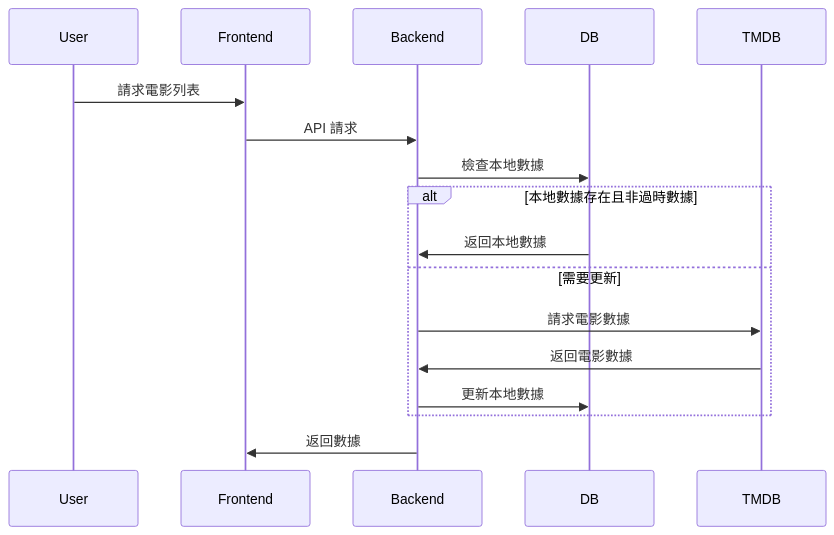
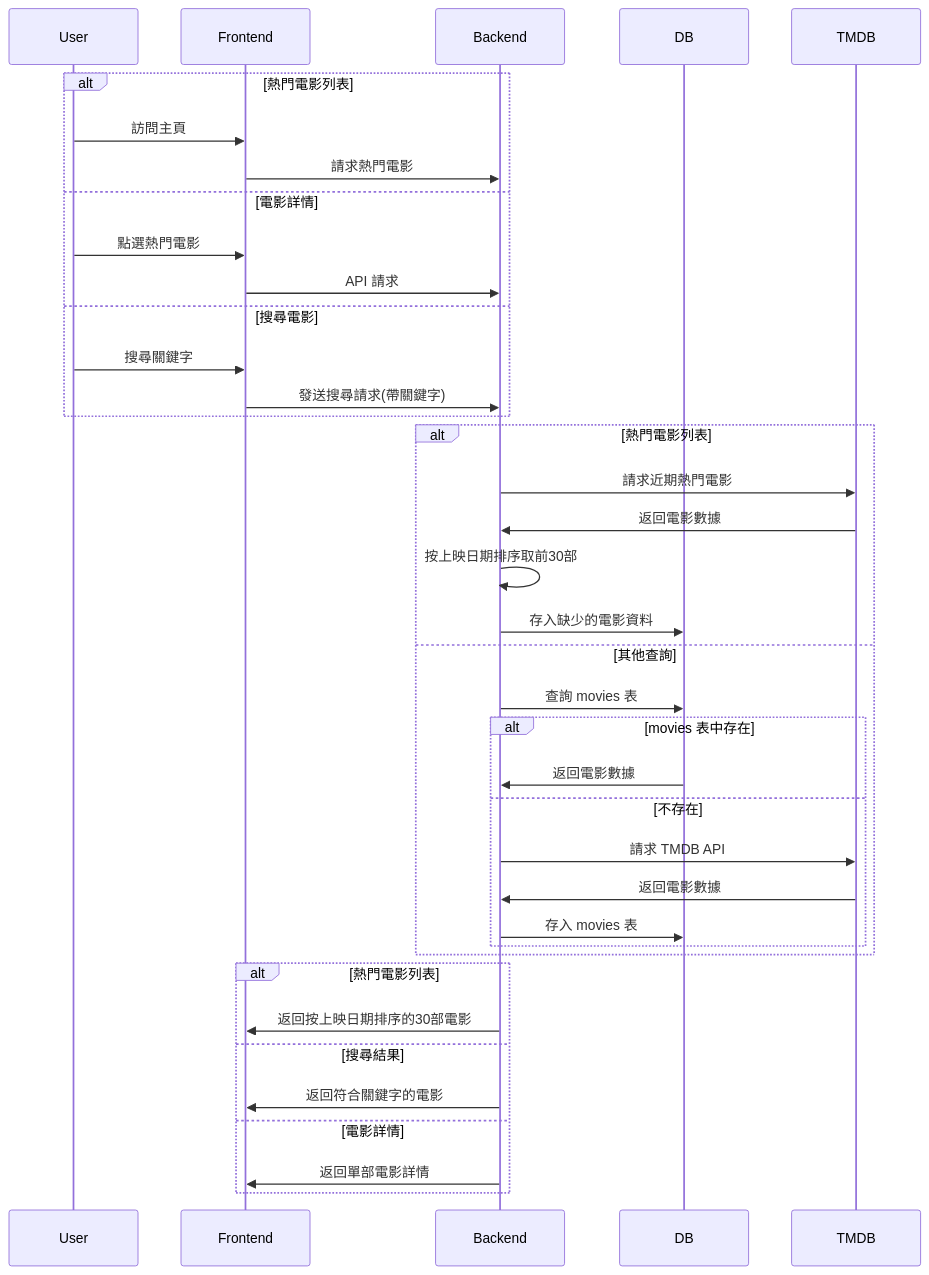
The third of 4 diagrams in Architecture.md (poordog777/movie-viewer), drawn with Mermaid before and after one commit. The commit also changed other lines of this file and 2 other files, not shown here.

Commit message:
Refactor database schema: update ratings table to allow scores from 1 to 10; remove unused tables and indexes; adjust API documentation for new rating system

````diff
--- a/Architecture.md
+++ b/Architecture.md
@@ -141,20 +98,43 @@
 ```mermaid
 sequenceDiagram
     participant User
     participant Frontend
     participant Backend
     participant DB
     participant TMDB
 
-    User->>Frontend: 請求電影列表
-    Frontend->>Backend: API 請求
-    Backend->>DB: 檢查本地數據
-    alt 本地數據存在且非過時數據
-        DB->>Backend: 返回本地數據
-    else 需要更新
-        Backend->>TMDB: 請求電影數據
+    alt 熱門電影列表
+        User->>Frontend: 訪問主頁
+        Frontend->>Backend: 請求熱門電影
+    else 電影詳情
+        User->>Frontend: 點選熱門電影
+        Frontend->>Backend: API 請求
+    else 搜尋電影
+        User->>Frontend: 搜尋關鍵字
+        Frontend->>Backend: 發送搜尋請求(帶關鍵字)
+    end
+
+    alt 熱門電影列表
+        Backend->>TMDB: 請求近期熱門電影
         TMDB->>Backend: 返回電影數據
-        Backend->>DB: 更新本地數據
+        Backend->>Backend: 按上映日期排序取前30部
+        Backend->>DB: 存入缺少的電影資料
+    else 其他查詢
+        Backend->>DB: 查詢 movies 表
+        alt movies 表中存在
+            DB->>Backend: 返回電影數據
+        else 不存在
+            Backend->>TMDB: 請求 TMDB API
+            TMDB->>Backend: 返回電影數據
+            Backend->>DB: 存入 movies 表
+        end
     end
-    Backend->>Frontend: 返回數據
+    
+    alt 熱門電影列表
+        Backend->>Frontend: 返回按上映日期排序的30部電影
+    else 搜尋結果
+        Backend->>Frontend: 返回符合關鍵字的電影
+    else 電影詳情
+        Backend->>Frontend: 返回單部電影詳情
+    end
 ```
````
